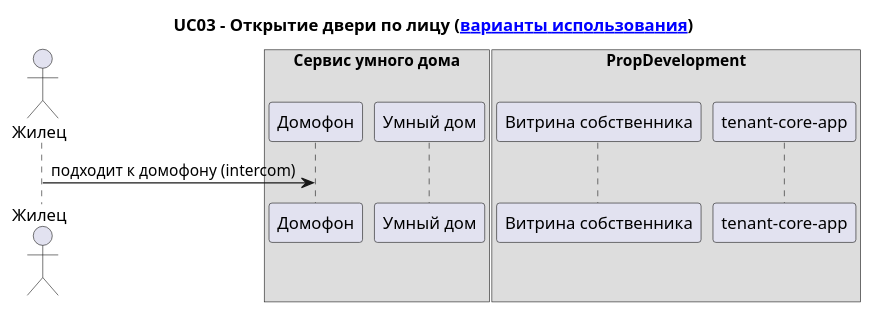
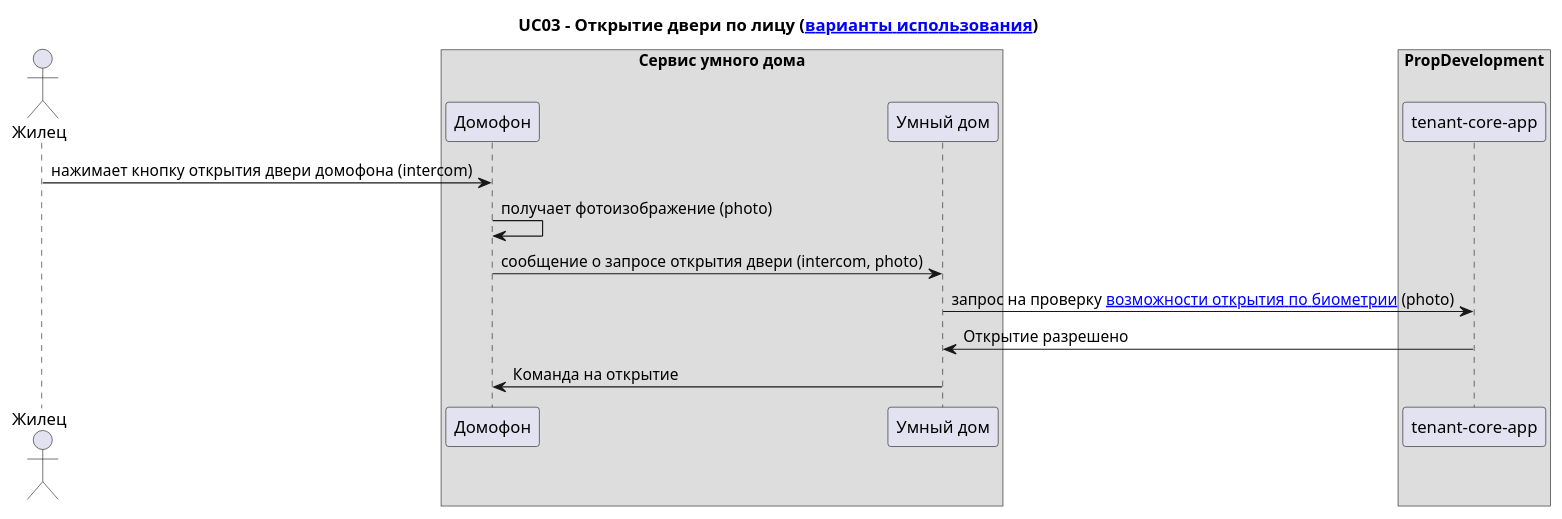
Before and after one commit to asbelon/architecture-sprint-7: the diagram in Exc3/uc/UC03.puml, drawn with PlantUML. The commit also changed 8 other files, not shown here.

```diff
--- a/Exc3/uc/UC03.puml
+++ b/Exc3/uc/UC03.puml
@@ -1,17 +1,21 @@
 @startuml
 
 title UC03 - Открытие двери по лицу ([[./uc.puml варианты использования]])
 
 actor Жилец as Tenant
 box "Сервис умного дома"
     participant "Домофон" as Intercom
     participant "Умный дом" as SmartHome
 end box
 
 box "PropDevelopment"
-    participant "Витрина собственника" as MobileApp
     participant "tenant-core-app" as TenantCoreApp
 end box
 
-Tenant -> Intercom: подходит к домофону (intercom)
+Tenant -> Intercom: нажимает кнопку открытия двери домофона (intercom)
+Intercom -> Intercom: получает фотоизображение (photo)
+Intercom -> SmartHome: сообщение о запросе открытия двери (intercom, photo)
+SmartHome -> TenantCoreApp: запрос на проверку [[UC03i1.puml возможности открытия по биометрии]] (photo)
+TenantCoreApp -> SmartHome: Открытие разрешено
+SmartHome -> Intercom: Команда на открытие
 @enduml
```
